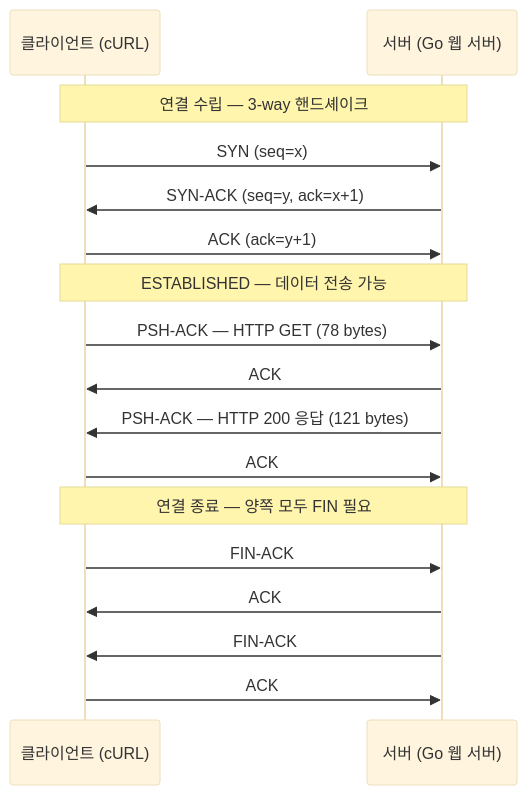
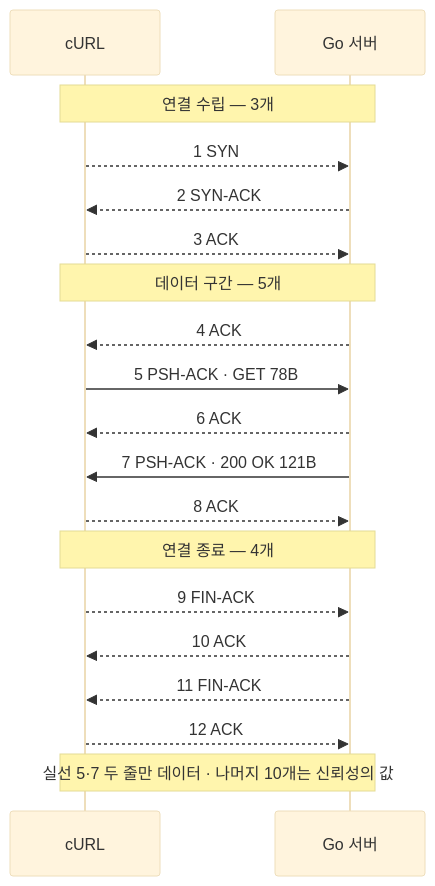
Before and after one commit to scofe97/StduyWrite: the third of 4 diagrams in write/08_cloud/book/networking-and-kubernetes/01-02.HTTP에서 TCP·TLS·UDP까지 — Transport 계층 해부.md, drawn with Mermaid (base theme). The commit also changed other lines of this file and 106 other files, not shown here.

````diff
--- a/write/08_cloud/book/networking-and-kubernetes/01-02.HTTP에서 TCP·TLS·UDP까지 — Transport 계층 해부.md
+++ b/write/08_cloud/book/networking-and-kubernetes/01-02.HTTP에서 TCP·TLS·UDP까지 — Transport 계층 해부.md
@@ -122,19 +374,21 @@
 ```mermaid
 sequenceDiagram
-    participant C as 클라이언트 (cURL)
-    participant S as 서버 (Go 웹 서버)
-    Note over C,S: 연결 수립 — 3-way 핸드셰이크
-    C->>S: SYN (seq=x)
-    S->>C: SYN-ACK (seq=y, ack=x+1)
-    C->>S: ACK (ack=y+1)
-    Note over C,S: ESTABLISHED — 데이터 전송 가능
-    C->>S: PSH-ACK — HTTP GET (78 bytes)
-    S->>C: ACK
-    S->>C: PSH-ACK — HTTP 200 응답 (121 bytes)
-    C->>S: ACK
-    Note over C,S: 연결 종료 — 양쪽 모두 FIN 필요
-    C->>S: FIN-ACK
-    S->>C: ACK
-    S->>C: FIN-ACK
-    C->>S: ACK
+    participant C as cURL
+    participant S as Go 서버
+    Note over C,S: 연결 수립 — 3개
+    C-->>S: 1 SYN
+    S-->>C: 2 SYN-ACK
+    C-->>S: 3 ACK
+    Note over C,S: 데이터 구간 — 5개
+    S-->>C: 4 ACK
+    C->>S: 5 PSH-ACK · GET 78B
+    S-->>C: 6 ACK
+    S->>C: 7 PSH-ACK · 200 OK 121B
+    C-->>S: 8 ACK
+    Note over C,S: 연결 종료 — 4개
+    C-->>S: 9 FIN-ACK
+    S-->>C: 10 ACK
+    S-->>C: 11 FIN-ACK
+    C-->>S: 12 ACK
+    Note over C,S: 실선 5·7 두 줄만 데이터 · 나머지 10개는 신뢰성의 값
 ```
````
